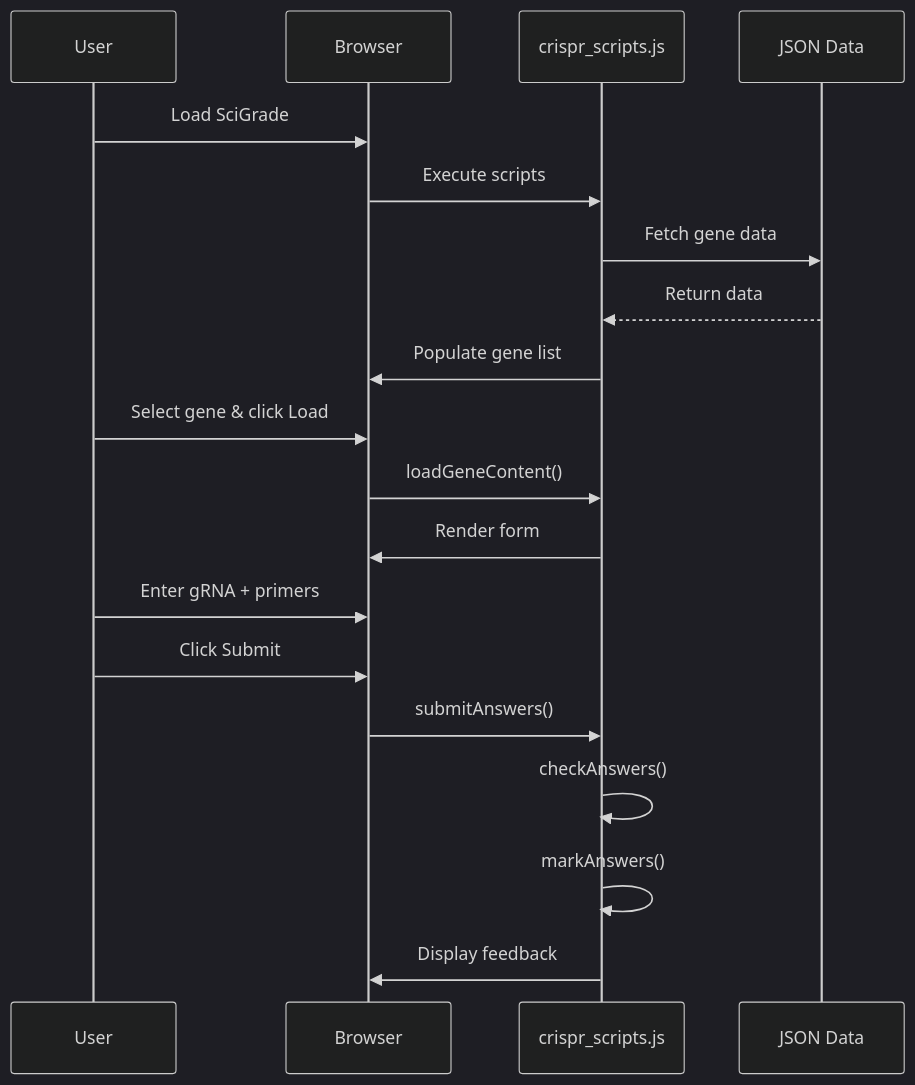
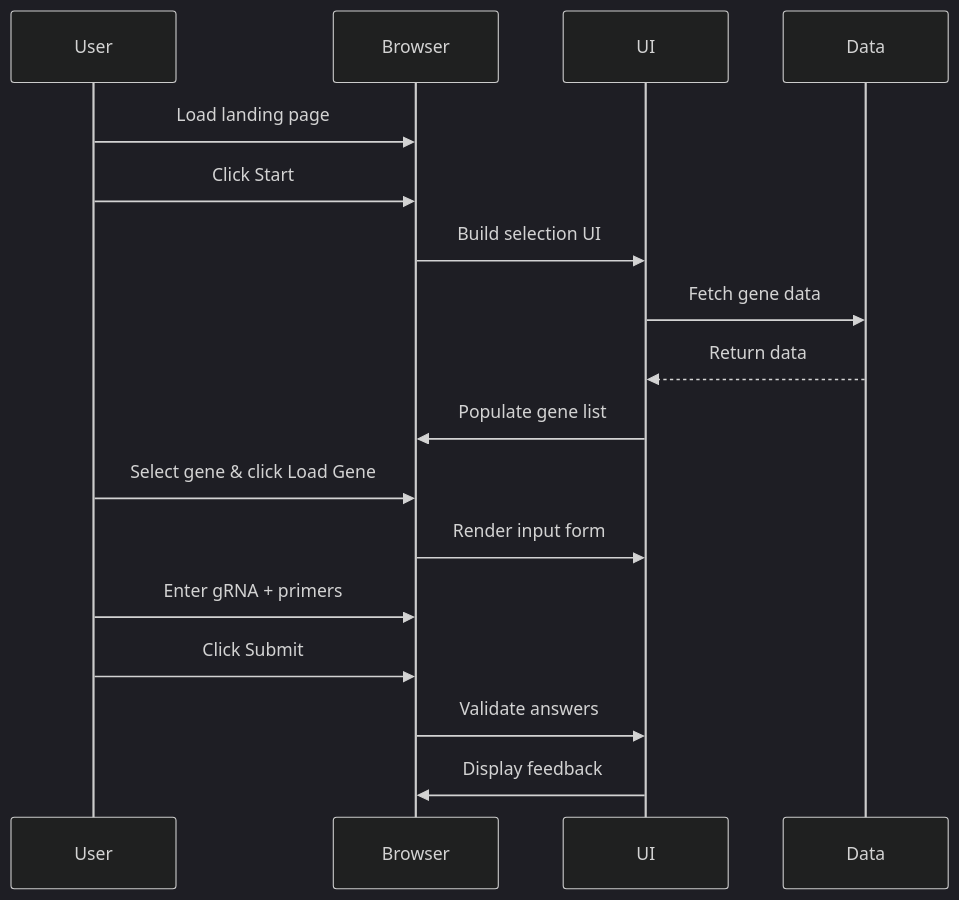
One commit to AlexJSully/SciGrade changed the second of 2 diagrams in docs/index.md. Above: the diagram before and after it, drawn with Mermaid (dark theme). The commit also changed other lines of this file and 15 other files, not shown here.

````diff
--- a/docs/index.md
+++ b/docs/index.md
@@ -37,22 +42,20 @@
 ```mermaid
 sequenceDiagram
     participant User
     participant Browser
-    participant crispr_scripts.js
-    participant JSON Data
+    participant UI
+    participant Data
 
-    User->>Browser: Load SciGrade
-    Browser->>crispr_scripts.js: Execute scripts
-    crispr_scripts.js->>JSON Data: Fetch gene data
-    JSON Data-->>crispr_scripts.js: Return data
-    crispr_scripts.js->>Browser: Populate gene list
-    User->>Browser: Select gene & click Load
-    Browser->>crispr_scripts.js: loadGeneContent()
-    crispr_scripts.js->>Browser: Render form
+    User->>Browser: Load landing page
+    User->>Browser: Click Start
+    Browser->>UI: Build selection UI
+    UI->>Data: Fetch gene data
+    Data-->>UI: Return data
+    UI->>Browser: Populate gene list
+    User->>Browser: Select gene & click Load Gene
+    Browser->>UI: Render input form
     User->>Browser: Enter gRNA + primers
     User->>Browser: Click Submit
-    Browser->>crispr_scripts.js: submitAnswers()
-    crispr_scripts.js->>crispr_scripts.js: checkAnswers()
-    crispr_scripts.js->>crispr_scripts.js: markAnswers()
-    crispr_scripts.js->>Browser: Display feedback
+    Browser->>UI: Validate answers
+    UI->>Browser: Display feedback
 ```
````
